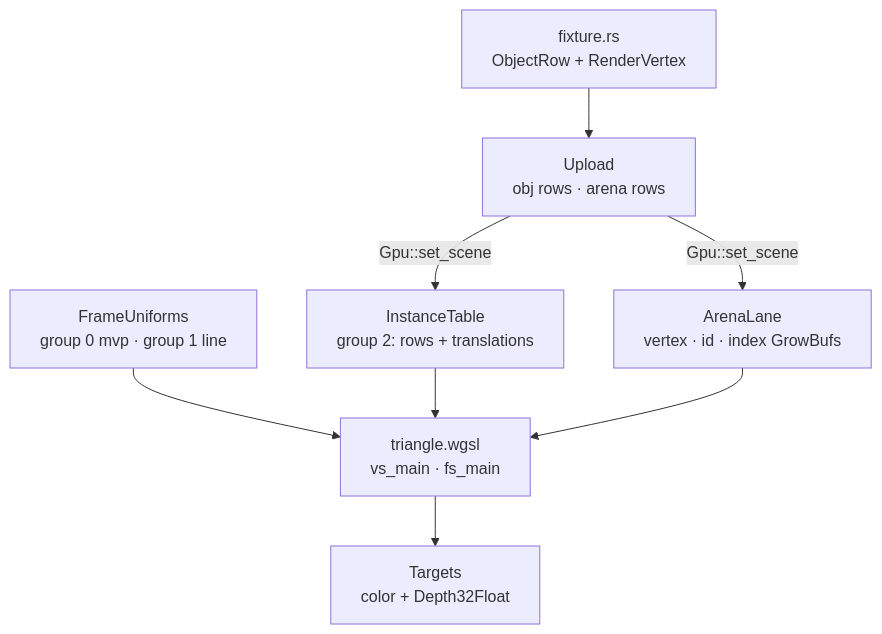
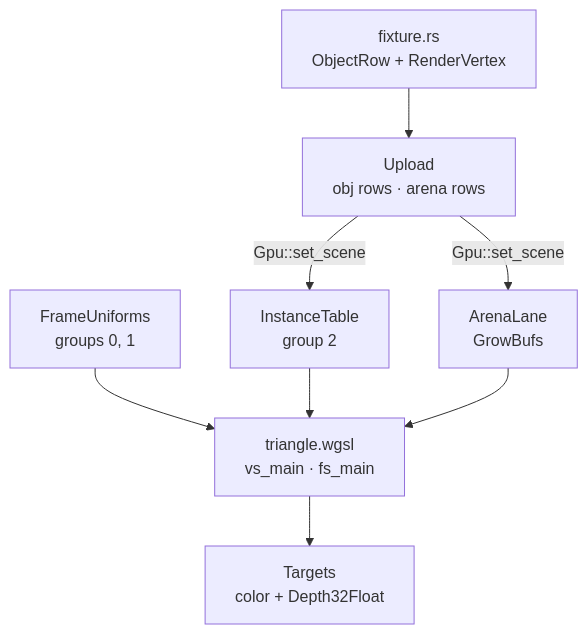
The first of 12 diagrams in session_viewer/docs/04a-meshes.md (petrasvestartas/session), drawn with Mermaid before and after one commit. The commit also changed other lines of this file and 34 other files, not shown here.

First line of the commit message:
Course: each lesson teaches its file's final form; diagrams fit the column

````diff
--- a/session_viewer/docs/04a-meshes.md
+++ b/session_viewer/docs/04a-meshes.md
@@ -5,10 +5,10 @@
 ```mermaid
 flowchart TB
     F["fixture.rs<br/>ObjectRow + RenderVertex"] --> U["Upload<br/>obj rows · arena rows"]
-    U -- "Gpu::set_scene" --> T["InstanceTable<br/>group 2: rows + translations"]
-    U -- "Gpu::set_scene" --> A["ArenaLane<br/>vertex · id · index GrowBufs"]
-    FR["FrameUniforms<br/>group 0 mvp · group 1 line"] --> P
+    U -- "Gpu::set_scene" --> T["InstanceTable<br/>group 2"]
+    U -- "Gpu::set_scene" --> A["ArenaLane<br/>GrowBufs"]
+    FR["FrameUniforms<br/>groups 0, 1"] --> P
     T --> P["triangle.wgsl<br/>vs_main · fs_main"]
     A --> P
     P --> TG["Targets<br/>color + Depth32Float"]
 ```
````
